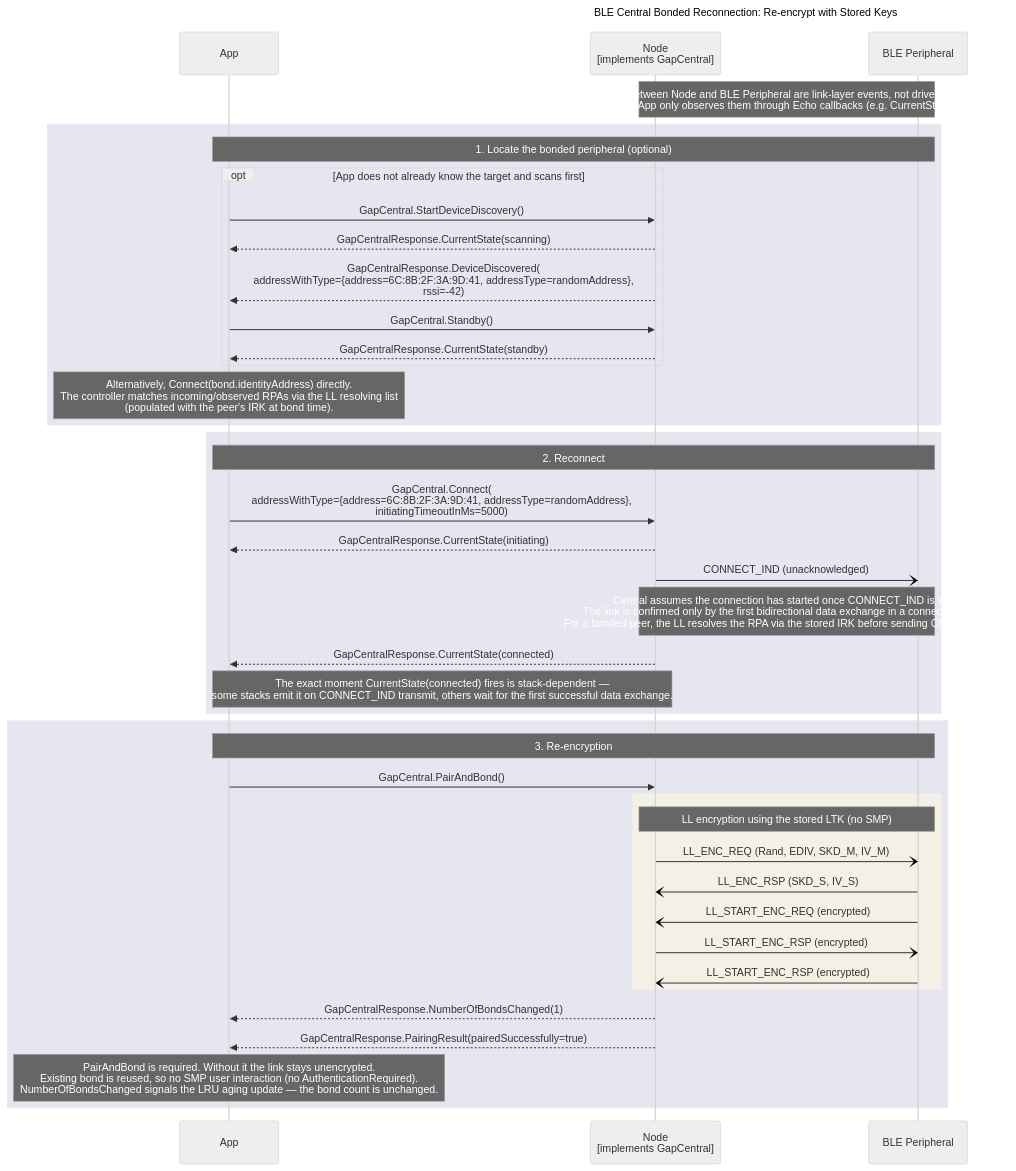
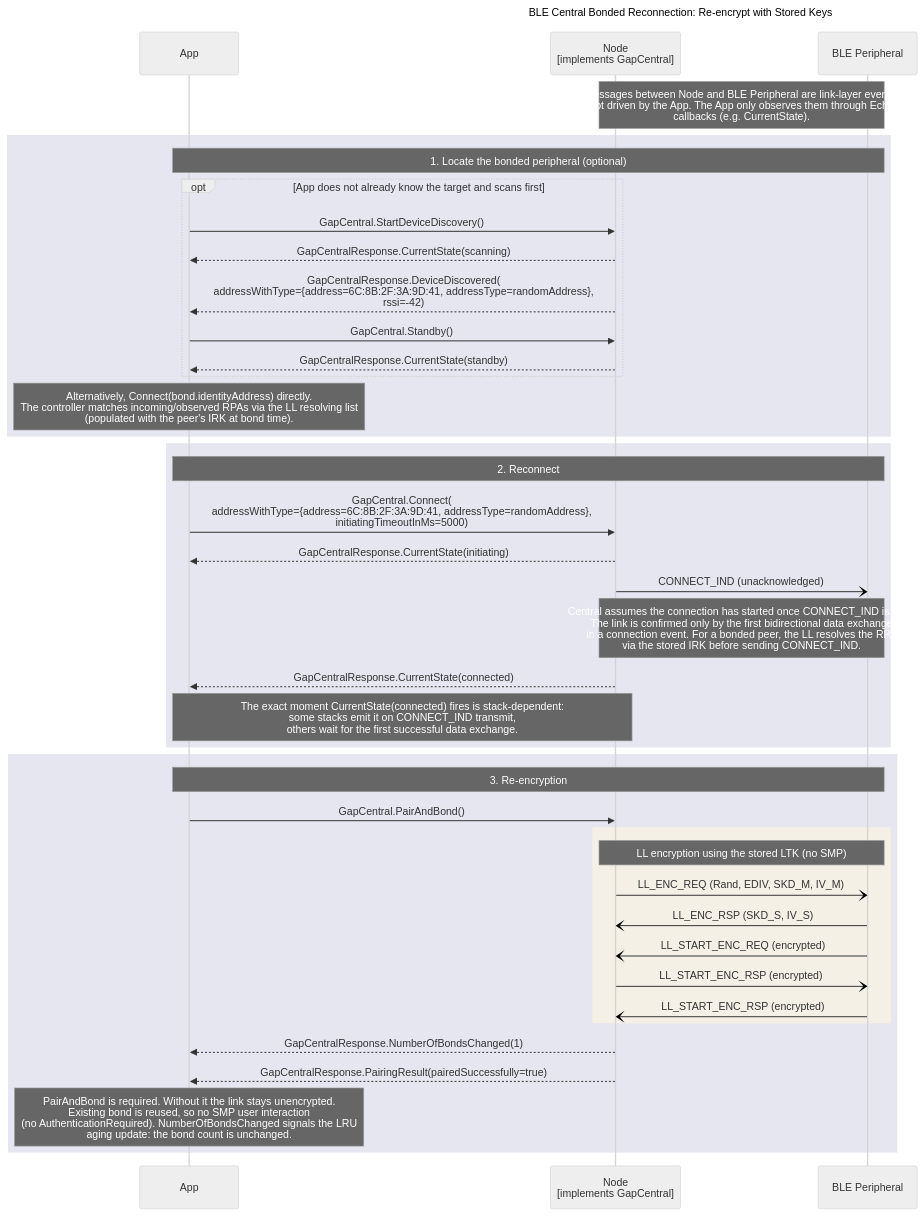
One commit to philips-software/amp-embedded-infra-lib changed the diagram in documents/modules/ROOT/partials/echoservices/composite_flows/CentralRole_BondedReconnection_sequence.mmd. Above: the diagram before and after it, drawn with Mermaid (neutral theme). The commit also changed 11 other files, not shown here.

```diff
--- a/documents/modules/ROOT/partials/echoservices/composite_flows/CentralRole_BondedReconnection_sequence.mmd
+++ b/documents/modules/ROOT/partials/echoservices/composite_flows/CentralRole_BondedReconnection_sequence.mmd
@@ -1,49 +1,49 @@
 sequenceDiagram
     title BLE Central Bonded Reconnection: Re-encrypt with Stored Keys
 
     participant App as App
     participant Node as Node<br>[implements GapCentral]
     participant Peripheral as BLE Peripheral
 
 
-    Note over Node, Peripheral: Messages between Node and BLE Peripheral are link-layer events, not driven by the App.<br>The App only observes them through Echo callbacks (e.g. CurrentState).
+    Note over Node, Peripheral: Messages between Node and BLE Peripheral are link-layer events,<br>not driven by the App. The App only observes them through Echo<br>callbacks (e.g. CurrentState).
 
     rect rgb(230, 230, 240)
         note over App, Peripheral: 1. Locate the bonded peripheral (optional)
         opt App does not already know the target and scans first
             App->>Node: GapCentral.StartDeviceDiscovery()
             Node-->>App: GapCentralResponse.CurrentState(scanning)
             Node-->>App: GapCentralResponse.DeviceDiscovered(<br>addressWithType={address=6C:8B:2F:3A:9D:41, addressType=randomAddress},<br>rssi=-42)
             App->>Node: GapCentral.Standby()
             Node-->>App: GapCentralResponse.CurrentState(standby)
         end
 
         Note over App: Alternatively, Connect(bond.identityAddress) directly.<br>The controller matches incoming/observed RPAs via the LL resolving list<br>(populated with the peer's IRK at bond time).
     end
 
     rect rgb(230, 230, 240)
         note over App, Peripheral: 2. Reconnect
         App->>Node: GapCentral.Connect(<br>addressWithType={address=6C:8B:2F:3A:9D:41, addressType=randomAddress},<br>initiatingTimeoutInMs=5000)
         Node-->>App: GapCentralResponse.CurrentState(initiating)
         Node-)Peripheral: CONNECT_IND (unacknowledged)
-        Note over Node, Peripheral: Central assumes the connection has started once CONNECT_IND is sent.<br>The link is confirmed only by the first bidirectional data exchange in a connection event.<br>For a bonded peer, the LL resolves the RPA via the stored IRK before sending CONNECT_IND.
+        Note over Node, Peripheral: Central assumes the connection has started once CONNECT_IND is sent.<br>The link is confirmed only by the first bidirectional data exchange<br>in a connection event. For a bonded peer, the LL resolves the RPA<br>via the stored IRK before sending CONNECT_IND.
         Node-->>App: GapCentralResponse.CurrentState(connected)
-        Note over App, Node: The exact moment CurrentState(connected) fires is stack-dependent —<br>some stacks emit it on CONNECT_IND transmit, others wait for the first successful data exchange.
+        Note over App, Node: The exact moment CurrentState(connected) fires is stack-dependent:<br>some stacks emit it on CONNECT_IND transmit,<br>others wait for the first successful data exchange.
     end
 
     rect rgb(230, 230, 240)
         note over App, Peripheral: 3. Re-encryption
         App->>Node: GapCentral.PairAndBond()
         rect rgb(245, 240, 230)
             Note over Node, Peripheral: LL encryption using the stored LTK (no SMP)
             Node-)Peripheral: LL_ENC_REQ (Rand, EDIV, SKD_M, IV_M)
             Peripheral-)Node: LL_ENC_RSP (SKD_S, IV_S)
             Peripheral-)Node: LL_START_ENC_REQ (encrypted)
             Node-)Peripheral: LL_START_ENC_RSP (encrypted)
             Peripheral-)Node: LL_START_ENC_RSP (encrypted)
         end
         Node-->>App: GapCentralResponse.NumberOfBondsChanged(1)
         Node-->>App: GapCentralResponse.PairingResult(pairedSuccessfully=true)
 
-        Note over App: PairAndBond is required. Without it the link stays unencrypted.<br>Existing bond is reused, so no SMP user interaction (no AuthenticationRequired).<br>NumberOfBondsChanged signals the LRU aging update — the bond count is unchanged.
+        Note over App: PairAndBond is required. Without it the link stays unencrypted.<br>Existing bond is reused, so no SMP user interaction<br>(no AuthenticationRequired). NumberOfBondsChanged signals the LRU<br>aging update: the bond count is unchanged.
     end
```
